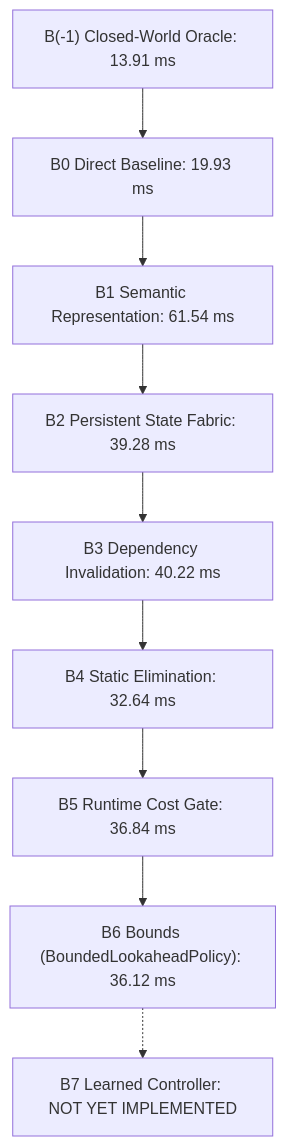
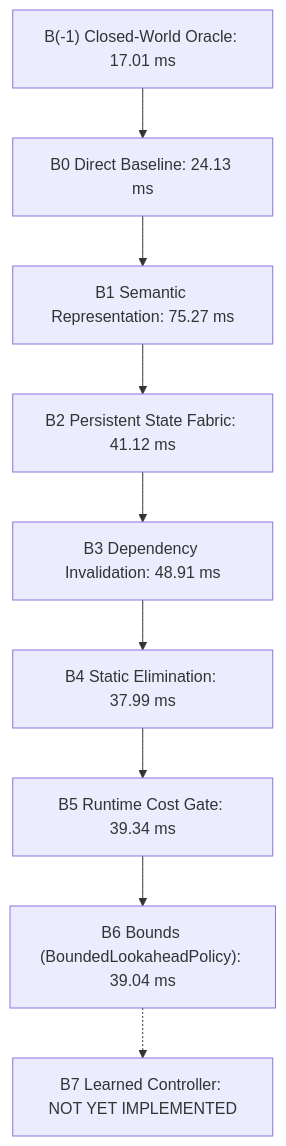
One commit to PrivateAccount-01/CNE changed the second of 2 diagrams in docs/BENCHMARK_REPORT.md. Above: the diagram before and after it, drawn with Mermaid. The commit also changed other lines of this file and 17 other files, not shown here.

````diff
--- a/docs/BENCHMARK_REPORT.md
+++ b/docs/BENCHMARK_REPORT.md
@@ -87,11 +87,11 @@
 ```mermaid
 graph TD
-    Bm1["B(-1) Closed-World Oracle: 13.91 ms"] --> B0["B0 Direct Baseline: 19.93 ms"]
-    B0 --> B1["B1 Semantic Representation: 61.54 ms"]
-    B1 --> B2["B2 Persistent State Fabric: 39.28 ms"]
-    B2 --> B3["B3 Dependency Invalidation: 40.22 ms"]
-    B3 --> B4["B4 Static Elimination: 32.64 ms"]
-    B4 --> B5["B5 Runtime Cost Gate: 36.84 ms"]
-    B5 --> B6["B6 Bounds (BoundedLookaheadPolicy): 36.12 ms"]
+    Bm1["B(-1) Closed-World Oracle: 17.01 ms"] --> B0["B0 Direct Baseline: 24.13 ms"]
+    B0 --> B1["B1 Semantic Representation: 75.27 ms"]
+    B1 --> B2["B2 Persistent State Fabric: 41.12 ms"]
+    B2 --> B3["B3 Dependency Invalidation: 48.91 ms"]
+    B3 --> B4["B4 Static Elimination: 37.99 ms"]
+    B4 --> B5["B5 Runtime Cost Gate: 39.34 ms"]
+    B5 --> B6["B6 Bounds (BoundedLookaheadPolicy): 39.04 ms"]
     B6 -.-> B7["B7 Learned Controller: NOT YET IMPLEMENTED"]
 ```
````
